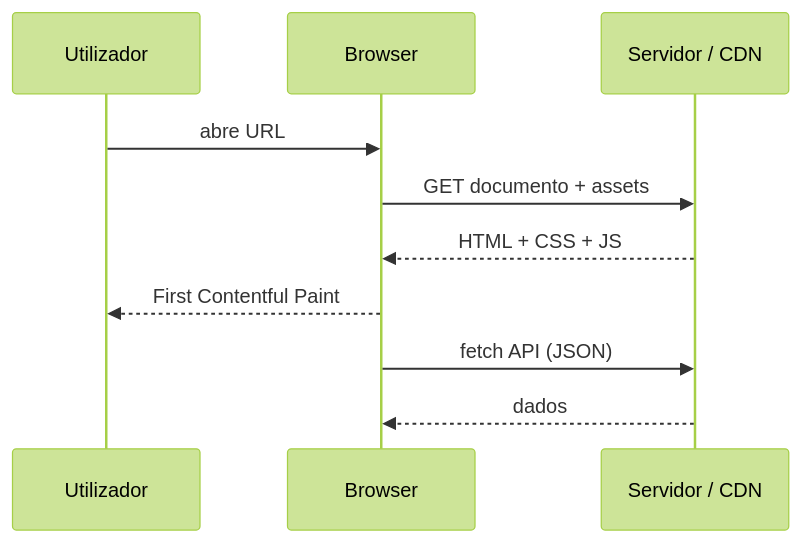
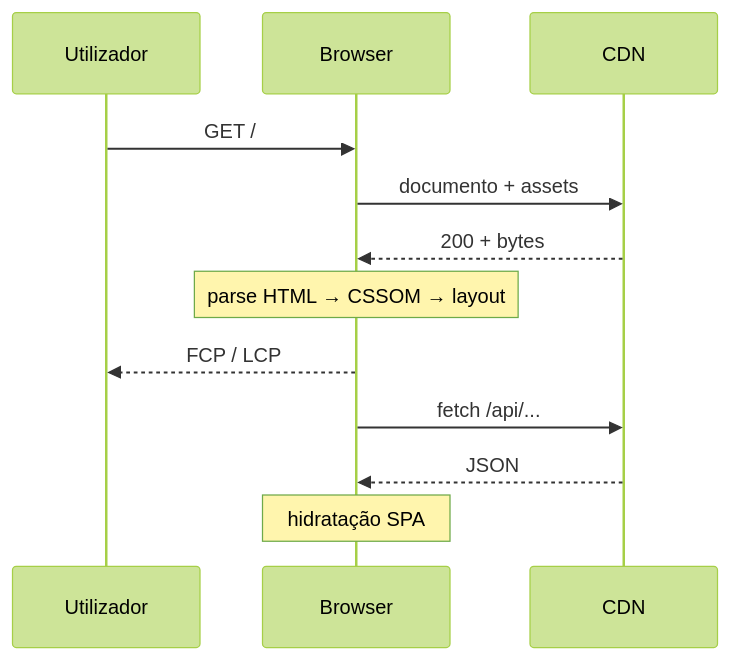
Before and after one commit to tiagocosmai/study-materials: the third of 4 diagrams in frontend/01-visao-geral-frontend.md, drawn with Mermaid (forest theme). The commit also changed other lines of this file and 14 other files, not shown here.

````diff
--- a/frontend/01-visao-geral-frontend.md
+++ b/frontend/01-visao-geral-frontend.md
@@ -26,12 +43,14 @@
 ```mermaid
 sequenceDiagram
   participant U as Utilizador
   participant B as Browser
-  participant S as Servidor / CDN
-  U->>B: abre URL
-  B->>S: GET documento + assets
-  S-->>B: HTML + CSS + JS
-  B-->>U: First Contentful Paint
-  B->>S: fetch API (JSON)
-  S-->>B: dados
+  participant S as CDN
+  U->>B: GET /
+  B->>S: documento + assets
+  S-->>B: 200 + bytes
+  Note over B: parse HTML → CSSOM → layout
+  B-->>U: FCP / LCP
+  B->>S: fetch /api/...
+  S-->>B: JSON
+  Note over B: hidratação SPA
 ```
````
